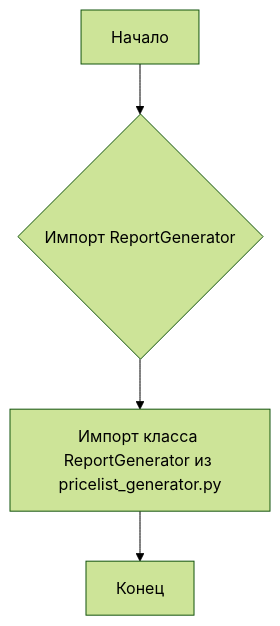
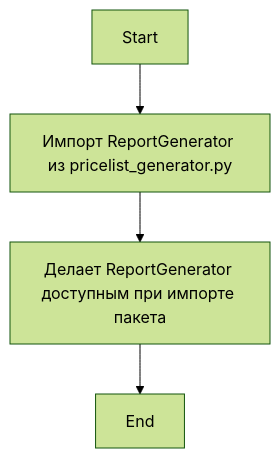
One commit to hypo69/hypo changed the diagram in docs/gemini/ru/explainer/src/endpoints/kazarinov/pricelist_generator/__init__.py.md. Above: the diagram before and after it, drawn with Mermaid (forest theme). The commit also changed other lines of this file and 1505 other files, not shown here.

````diff
--- a/docs/gemini/ru/explainer/src/endpoints/kazarinov/pricelist_generator/__init__.py.md
+++ b/docs/gemini/ru/explainer/src/endpoints/kazarinov/pricelist_generator/__init__.py.md
@@ -11,6 +16,6 @@
 ```mermaid
-graph TD
-    A[Начало] --> B{Импорт ReportGenerator};
-    B --> C[Импорт класса ReportGenerator из pricelist_generator.py];
-    C --> D[Конец];
+flowchart TD
+    Start --> ImportReportGenerator[Импорт ReportGenerator из pricelist_generator.py]
+    ImportReportGenerator --> ExposeReportGenerator[Делает ReportGenerator доступным при импорте пакета]
+    ExposeReportGenerator --> End
 ```
````
